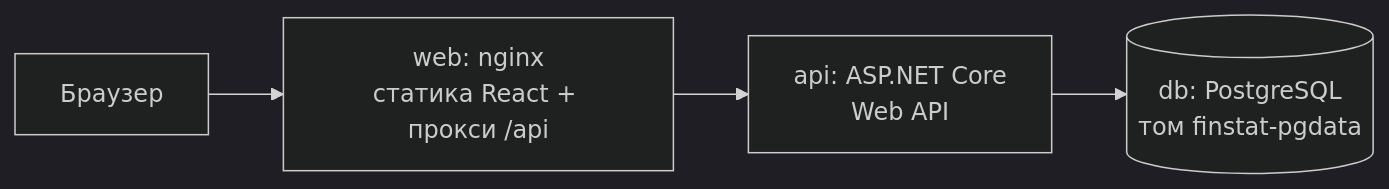
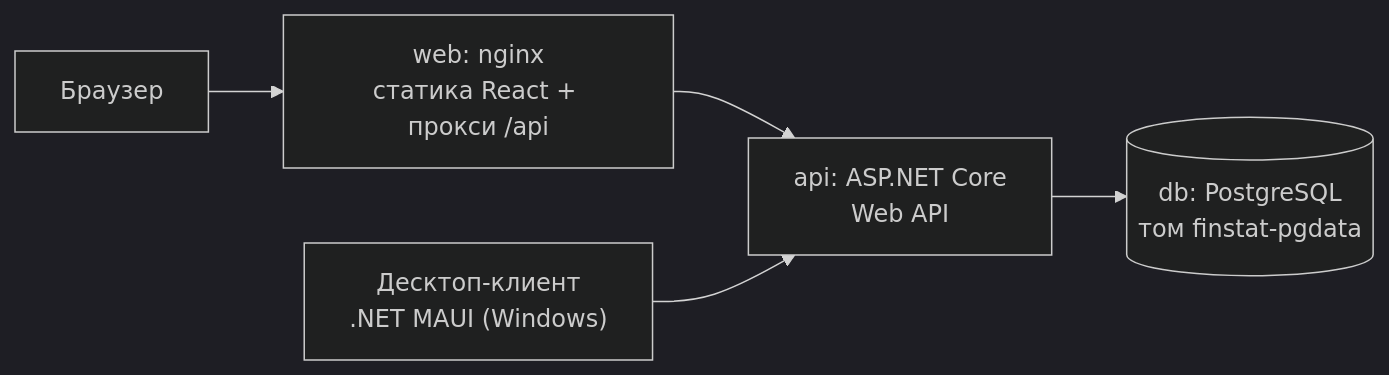
The first of 2 diagrams in README.md (shpvk/finstat), drawn with Mermaid (dark theme) before and after one commit. The commit also changed other lines of this file and 95 other files, not shown here.

````diff
--- a/README.md
+++ b/README.md
@@ -45,6 +49,7 @@
 ```mermaid
 flowchart LR
   browser[Браузер] --> web["web: nginx<br/>статика React + прокси /api"]
   web --> api["api: ASP.NET Core<br/>Web API"]
+  desktop["Десктоп-клиент<br/>.NET MAUI (Windows)"] --> api
   api --> db[("db: PostgreSQL<br/>том finstat-pgdata")]
 ```
````
